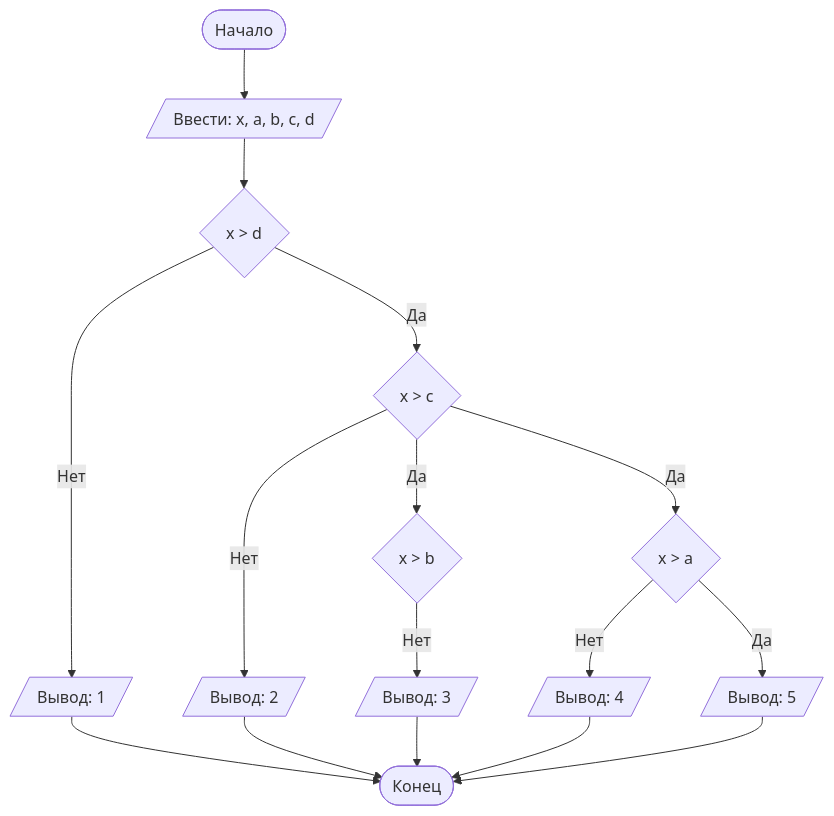
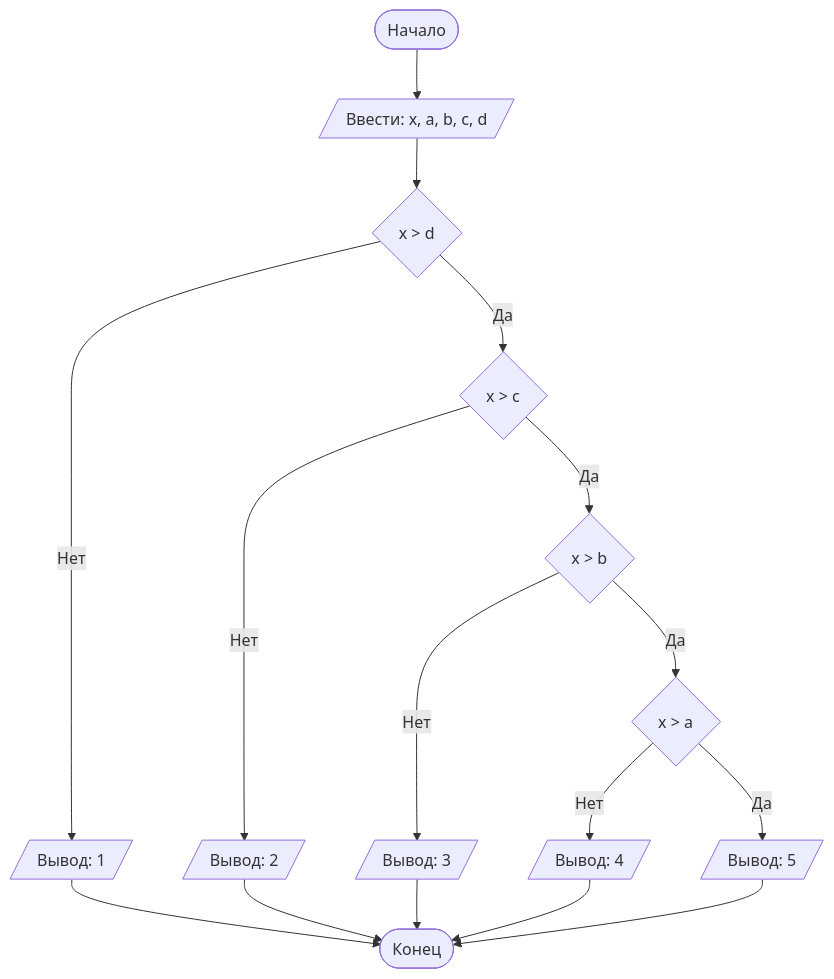
The diagram in README.md (kateselezneva/Lab1), drawn with Mermaid before and after one commit.

Commit message:
README.md

````diff
--- a/README.md
+++ b/README.md
@@ -95,19 +95,19 @@
 ```mermaid
 graph TD
     A([Начало]) --> B[/Ввести: x, a, b, c, d/]
     B --> C{x > d}
     C -- Нет --> D[/Вывод: 1/]
     C -- Да --> I{x > c}
     I -- Нет --> J[/Вывод: 2/]
     I -- Да --> K{x > b}
     K -- Нет --> L[/Вывод: 3/]
-    I -- Да --> M{x > a}
+    K -- Да --> M{x > a}
     M -- Нет --> N[/Вывод: 4/]
     M -- Да --> O[/Вывод: 5/]
     D --> Z
     J --> Z
     L --> Z
     N --> Z
     O --> Z([Конец])
 
 ```
````
